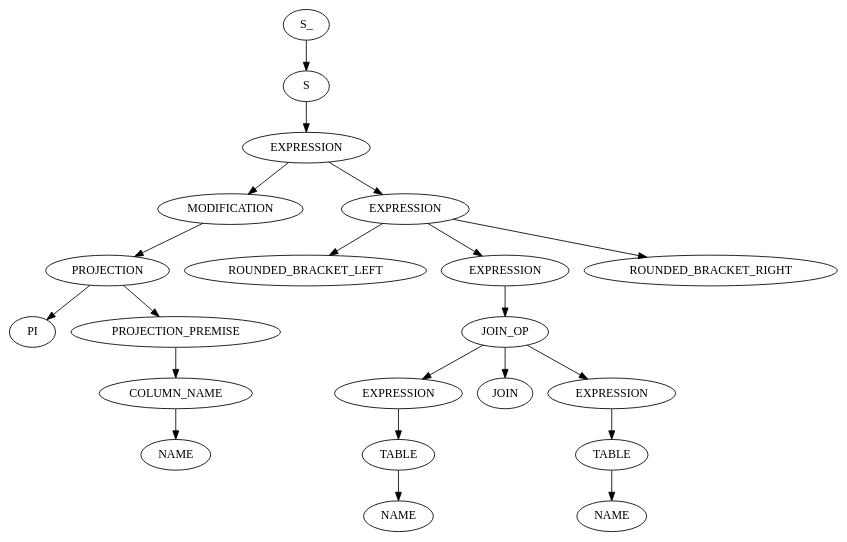
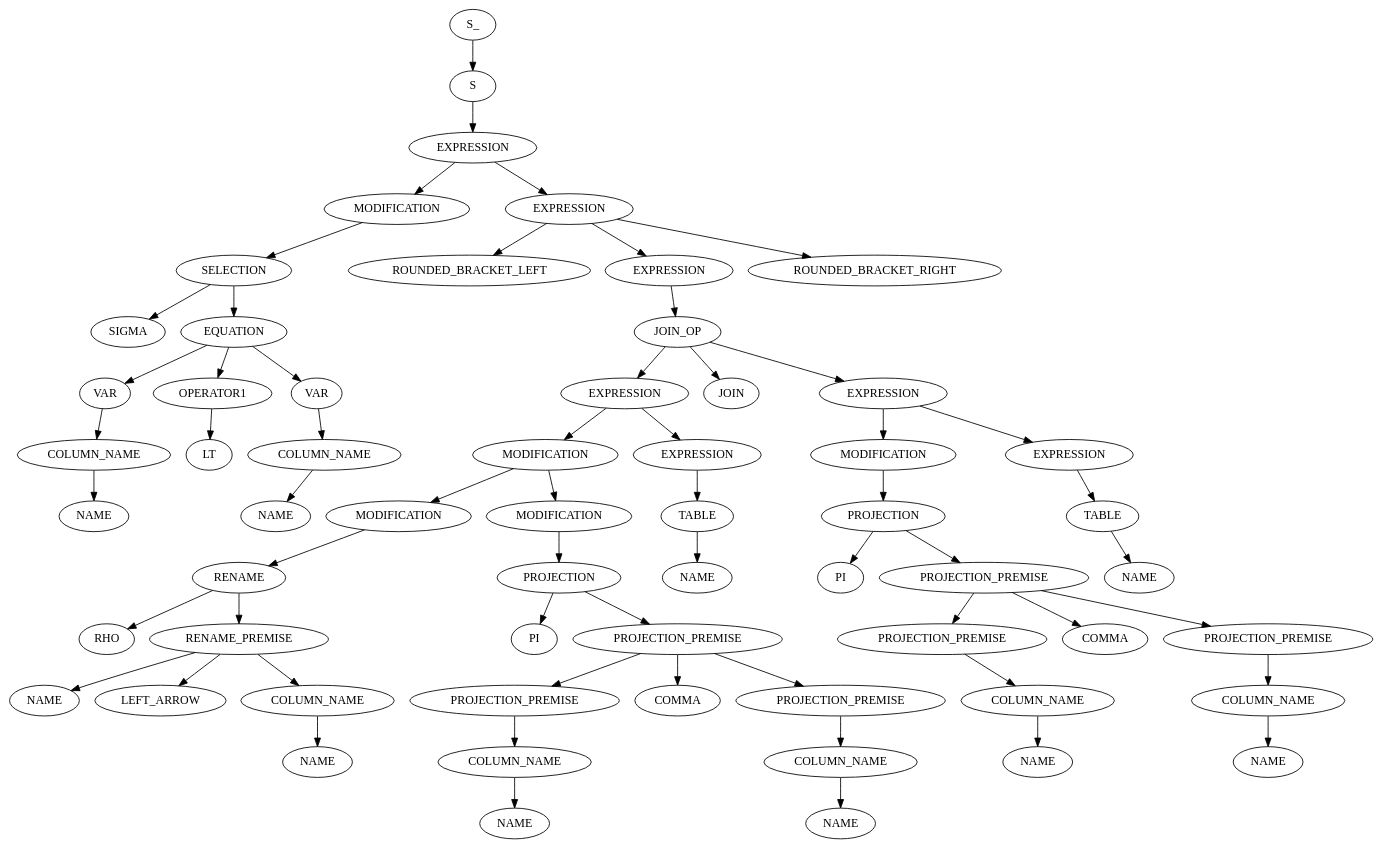
One commit to RobbeNooyens/RATSQL changed the diagram in output/out.dot. Above: the diagram before and after it, drawn with Graphviz. The commit also changed 1 other file, not shown here.

```diff
--- a/output/out.dot
+++ b/output/out.dot
@@ -1,43 +1,121 @@
 digraph ParseTree {
   0 [label="S_"];
   0 -> 1
   1 [label="S"];
   1 -> 2
   2 [label="EXPRESSION"];
   2 -> 3
   3 [label="MODIFICATION"];
   3 -> 4
-  4 [label="PROJECTION"];
+  4 [label="SELECTION"];
   4 -> 5
-  5 [label="PI"];
+  5 [label="SIGMA"];
   4 -> 6
-  6 [label="PROJECTION_PREMISE"];
+  6 [label="EQUATION"];
   6 -> 7
-  7 [label="COLUMN_NAME"];
+  7 [label="VAR"];
   7 -> 8
-  8 [label="NAME"];
-  2 -> 9
-  9 [label="EXPRESSION"];
-  9 -> 10
-  10 [label="ROUNDED_BRACKET_LEFT"];
-  9 -> 11
-  11 [label="EXPRESSION"];
-  11 -> 12
-  12 [label="JOIN_OP"];
+  8 [label="COLUMN_NAME"];
+  8 -> 9
+  9 [label="NAME"];
+  6 -> 10
+  10 [label="OPERATOR1"];
+  10 -> 11
+  11 [label="LT"];
+  6 -> 12
+  12 [label="VAR"];
   12 -> 13
-  13 [label="EXPRESSION"];
+  13 [label="COLUMN_NAME"];
   13 -> 14
-  14 [label="TABLE"];
-  14 -> 15
-  15 [label="NAME"];
-  12 -> 16
-  16 [label="JOIN"];
-  12 -> 17
+  14 [label="NAME"];
+  2 -> 15
+  15 [label="EXPRESSION"];
+  15 -> 16
+  16 [label="ROUNDED_BRACKET_LEFT"];
+  15 -> 17
   17 [label="EXPRESSION"];
   17 -> 18
-  18 [label="TABLE"];
+  18 [label="JOIN_OP"];
   18 -> 19
-  19 [label="NAME"];
-  9 -> 20
-  20 [label="ROUNDED_BRACKET_RIGHT"];
+  19 [label="EXPRESSION"];
+  19 -> 20
+  20 [label="MODIFICATION"];
+  20 -> 21
+  21 [label="MODIFICATION"];
+  21 -> 22
+  22 [label="RENAME"];
+  22 -> 23
+  23 [label="RHO"];
+  22 -> 24
+  24 [label="RENAME_PREMISE"];
+  24 -> 25
+  25 [label="NAME"];
+  24 -> 26
+  26 [label="LEFT_ARROW"];
+  24 -> 27
+  27 [label="COLUMN_NAME"];
+  27 -> 28
+  28 [label="NAME"];
+  20 -> 29
+  29 [label="MODIFICATION"];
+  29 -> 30
+  30 [label="PROJECTION"];
+  30 -> 31
+  31 [label="PI"];
+  30 -> 32
+  32 [label="PROJECTION_PREMISE"];
+  32 -> 33
+  33 [label="PROJECTION_PREMISE"];
+  33 -> 34
+  34 [label="COLUMN_NAME"];
+  34 -> 35
+  35 [label="NAME"];
+  32 -> 36
+  36 [label="COMMA"];
+  32 -> 37
+  37 [label="PROJECTION_PREMISE"];
+  37 -> 38
+  38 [label="COLUMN_NAME"];
+  38 -> 39
+  39 [label="NAME"];
+  19 -> 40
+  40 [label="EXPRESSION"];
+  40 -> 41
+  41 [label="TABLE"];
+  41 -> 42
+  42 [label="NAME"];
+  18 -> 43
+  43 [label="JOIN"];
+  18 -> 44
+  44 [label="EXPRESSION"];
+  44 -> 45
+  45 [label="MODIFICATION"];
+  45 -> 46
+  46 [label="PROJECTION"];
+  46 -> 47
+  47 [label="PI"];
+  46 -> 48
+  48 [label="PROJECTION_PREMISE"];
+  48 -> 49
+  49 [label="PROJECTION_PREMISE"];
+  49 -> 50
+  50 [label="COLUMN_NAME"];
+  50 -> 51
+  51 [label="NAME"];
+  48 -> 52
+  52 [label="COMMA"];
+  48 -> 53
+  53 [label="PROJECTION_PREMISE"];
+  53 -> 54
+  54 [label="COLUMN_NAME"];
+  54 -> 55
+  55 [label="NAME"];
+  44 -> 56
+  56 [label="EXPRESSION"];
+  56 -> 57
+  57 [label="TABLE"];
+  57 -> 58
+  58 [label="NAME"];
+  15 -> 59
+  59 [label="ROUNDED_BRACKET_RIGHT"];
 }
```
